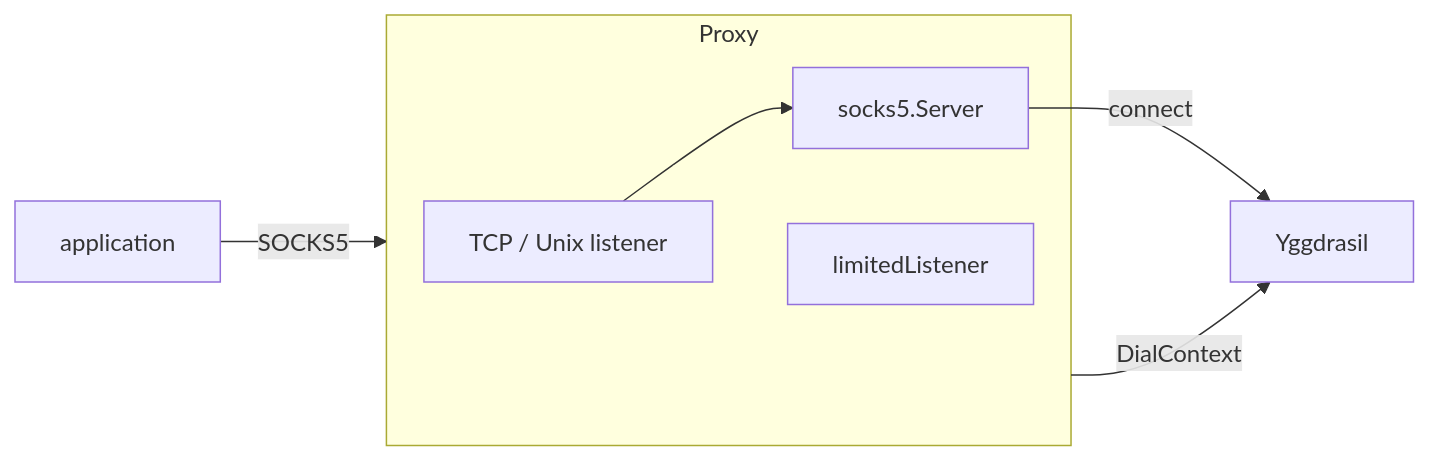
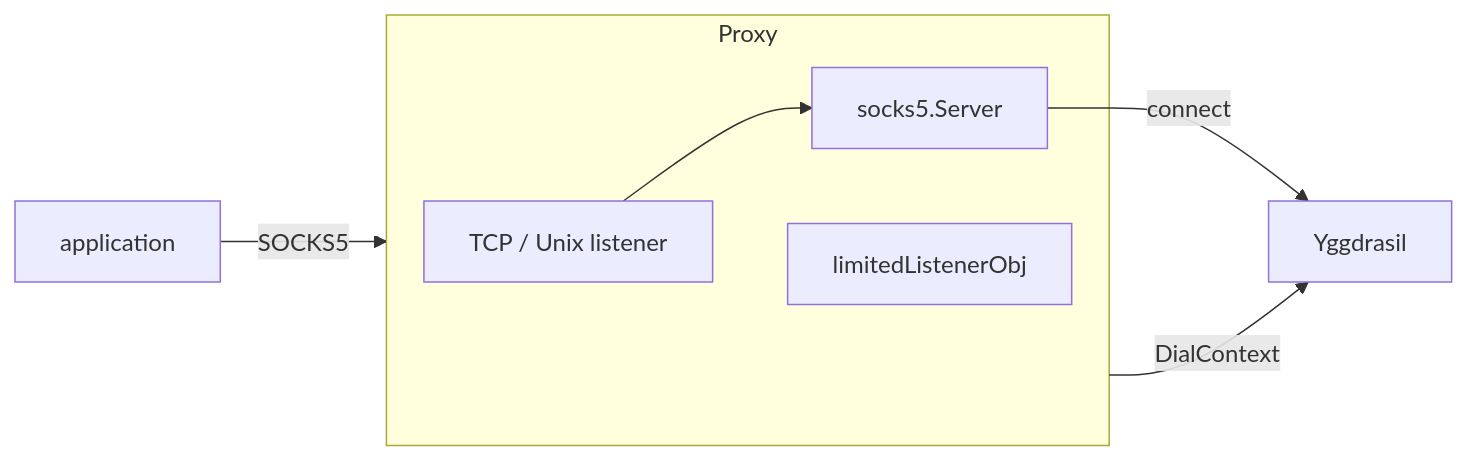
One commit to voluminor/ratatoskr changed the first of 3 diagrams in mod/socks/README.md. Above: the diagram before and after it, drawn with Mermaid. The commit also changed other lines of this file and 69 other files, not shown here.

````diff
--- a/mod/socks/README.md
+++ b/mod/socks/README.md
@@ -20,14 +20,14 @@
 ```mermaid
 flowchart LR
     App["application"] -->|" SOCKS5 "| Proxy["socks.Obj"]
     Proxy -->|" DialContext "| Ygg["Yggdrasil"]
 
     subgraph Proxy
         Listener["TCP / Unix listener"]
         Socks5["socks5.Server"]
-        Limit["limitedListener"]
+        Limit["limitedListenerObj"]
     end
 
     Listener --> Socks5
     Socks5 -->|" connect "| Ygg
 ```
````
